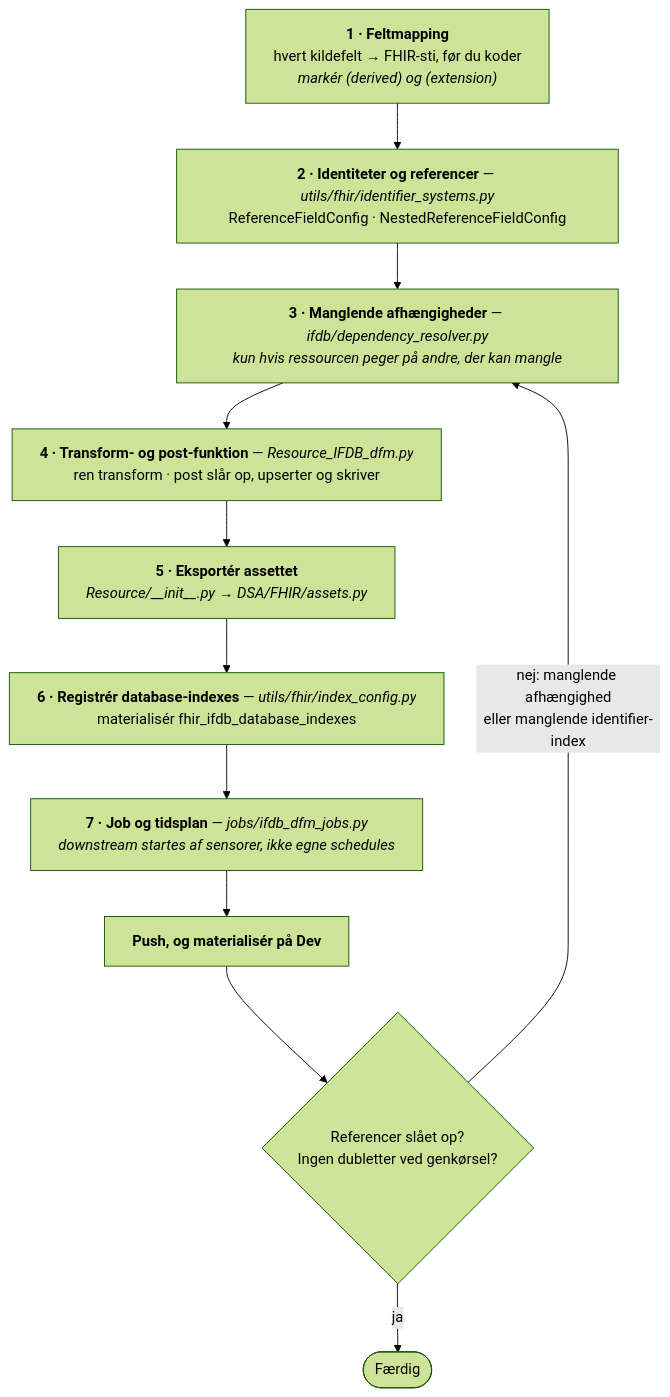
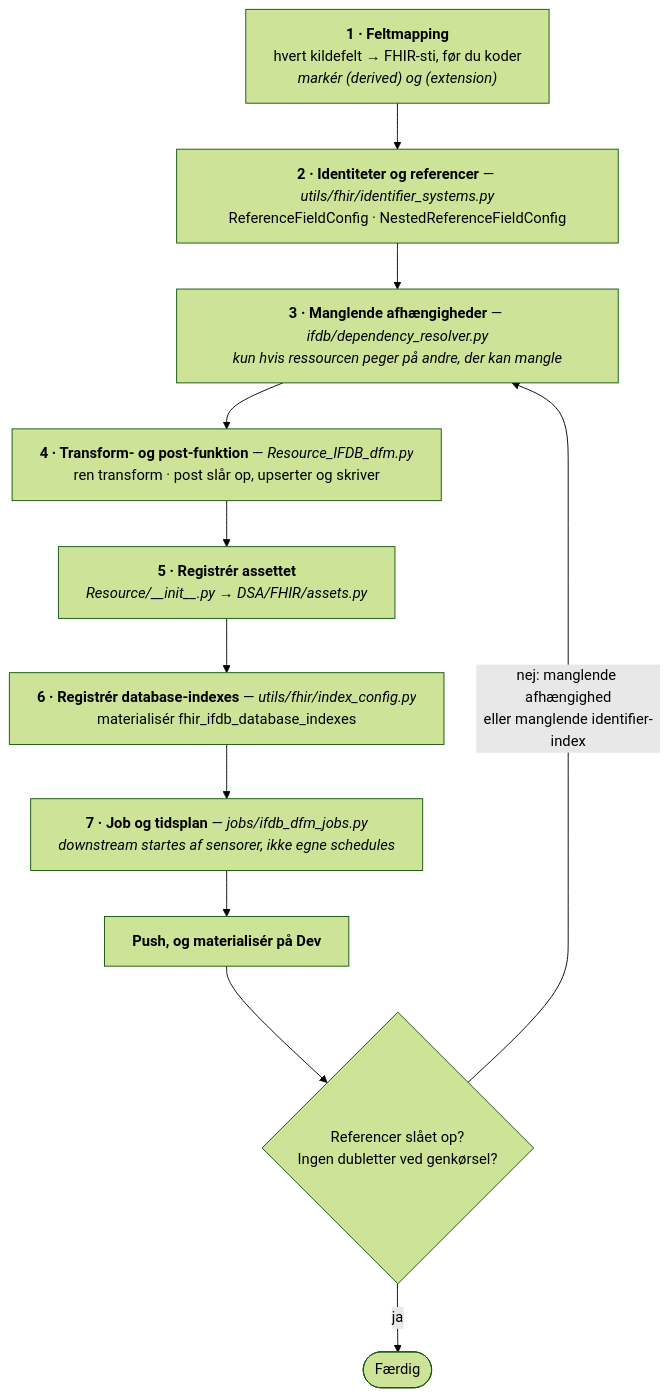
Before and after one commit to enversion-journl/healthpipe: the diagram in etl/docs/basismodel/03a_DSA_arkiv_til_FHIR.md, drawn with Mermaid (forest theme). The commit also changed other lines of this file and 623 other files, not shown here.

````diff
--- a/etl/docs/basismodel/03a_DSA_arkiv_til_FHIR.md
+++ b/etl/docs/basismodel/03a_DSA_arkiv_til_FHIR.md
@@ -108,18 +110,18 @@
 ```mermaid
 %%{init: {"flowchart": {"wrappingWidth": 420}}}%%
 flowchart TD
     MAP["<b>1 · Feltmapping</b><br/>hvert kildefelt → FHIR-sti, før du koder<br/><i>markér (derived) og (extension)</i>"]
     ID["<b>2 · Identiteter og referencer</b> — <i>utils/fhir/identifier_systems.py</i><br/>ReferenceFieldConfig · NestedReferenceFieldConfig"]
     DEP["<b>3 · Manglende afhængigheder</b> — <i>ifdb/dependency_resolver.py</i><br/><i>kun hvis ressourcen peger på andre, der kan mangle</i>"]
     FN["<b>4 · Transform- og post-funktion</b> — <i>Resource_IFDB_dfm.py</i><br/>ren transform · post slår op, upserter og skriver"]
-    REG["<b>5 · Eksportér assettet</b><br/><i>Resource/__init__.py → DSA/FHIR/assets.py</i>"]
+    REG["<b>5 · Registrér assettet</b><br/><i>Resource/__init__.py → DSA/FHIR/assets.py</i>"]
     IDX["<b>6 · Registrér database-indexes</b> — <i>utils/fhir/index_config.py</i><br/>materialisér fhir_ifdb_database_indexes"]
     JOB["<b>7 · Job og tidsplan</b> — <i>jobs/ifdb_dfm_jobs.py</i><br/><i>downstream startes af sensorer, ikke egne schedules</i>"]
     RUN["<b>Push, og materialisér på Dev</b>"]
     VER{"Referencer slået op?<br/>Ingen dubletter ved genkørsel?"}
     OK(["Færdig"])
 
     MAP --> ID --> DEP --> FN --> REG --> IDX --> JOB --> RUN --> VER
     VER -- ja --> OK
     VER -- "nej: manglende afhængighed<br/>eller manglende identifier-index" --> DEP
 ```
````
